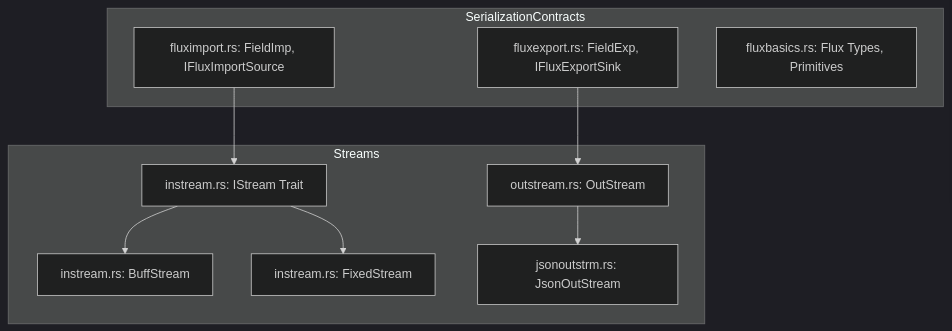
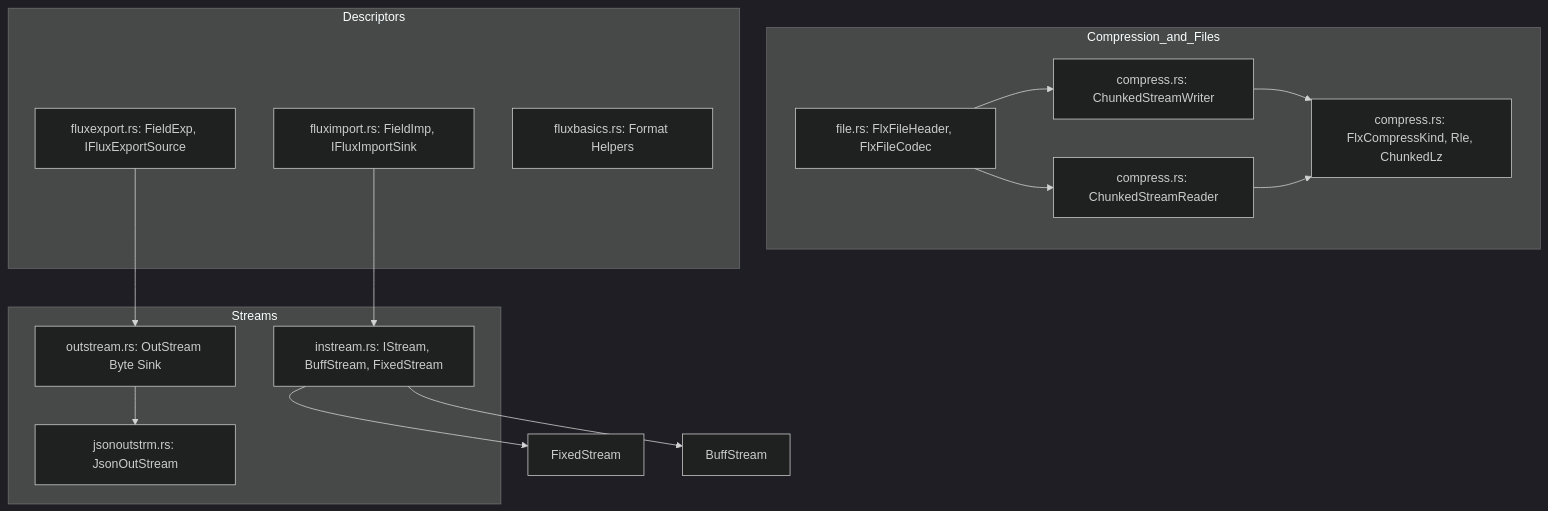
One commit to jswarup/Trellis changed the diagram in wiki/modules/flux.md. Above: the diagram before and after it, drawn with Mermaid (dark theme). The commit also changed other lines of this file and 16 other files, not shown here.

````diff
--- a/wiki/modules/flux.md
+++ b/wiki/modules/flux.md
@@ -27,21 +27,29 @@
 ```mermaid
 flowchart TD
     subgraph Streams
-        IStream[instream.rs: IStream Trait]
-        BuffStream[instream.rs: BuffStream]
-        FixedStream[instream.rs: FixedStream]
-        OutStream[outstream.rs: OutStream]
-        JsonOutStream[jsonoutstrm.rs: JsonOutStream]
+        IStream[instream.rs: IStream, BuffStream, FixedStream]
+        OutStream[outstream.rs: OutStream Byte Sink]
+        JsonStream[jsonoutstrm.rs: JsonOutStream]
     end
-    subgraph SerializationContracts
-        Export[fluxexport.rs: FieldExp, IFluxExportSink]
-        Import[fluximport.rs: FieldImp, IFluxImportSource]
-        Basics[fluxbasics.rs: Flux Types, Primitives]
+    subgraph Compression_and_Files
+        Compress[compress.rs: FlxCompressKind, Rle, ChunkedLz]
+        ChunkedWriter[compress.rs: ChunkedStreamWriter]
+        ChunkedReader[compress.rs: ChunkedStreamReader]
+        FileCodec[file.rs: FlxFileHeader, FlxFileCodec]
+    end
+    subgraph Descriptors
+        Export[fluxexport.rs: FieldExp, IFluxExportSource]
+        Import[fluximport.rs: FieldImp, IFluxImportSink]
+        Basics[fluxbasics.rs: Format Helpers]
     end
 
     IStream --> FixedStream
     IStream --> BuffStream
-    OutStream --> JsonOutStream
+    OutStream --> JsonStream
+    ChunkedWriter --> Compress
+    ChunkedReader --> Compress
+    FileCodec --> ChunkedWriter
+    FileCodec --> ChunkedReader
     Export --> OutStream
     Import --> IStream
 ```
````
